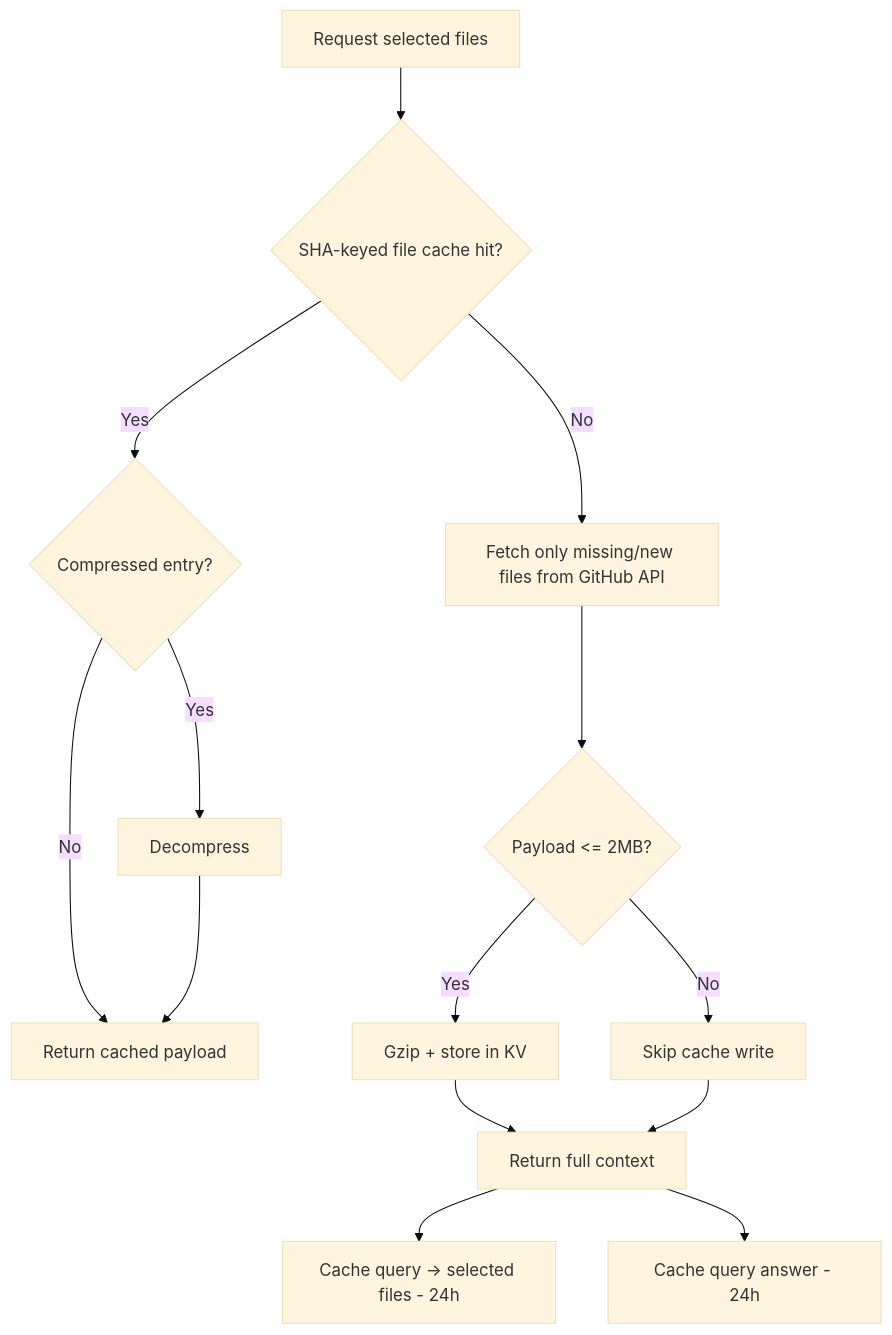
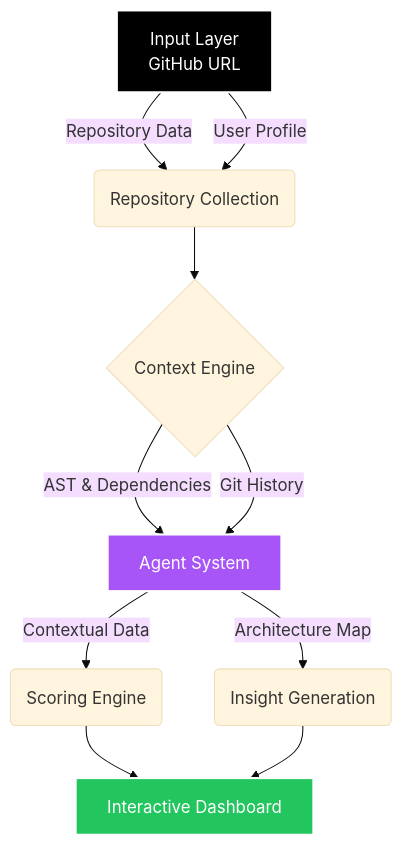
Before and after one commit to singhankit001/Novaris: the diagram in README.md, drawn with Mermaid (base theme). The commit also changed other lines of this file, not shown here.

````diff
--- a/README.md
+++ b/README.md
@@ -78,16 +93,16 @@
 ```mermaid
-flowchart TD
-    A[Request selected files] --> B{SHA-keyed file cache hit?}
-    B -->|Yes| C{Compressed entry?}
-    C -->|Yes| D[Decompress]
-    C -->|No| E[Return cached payload]
-    D --> E
-    B -->|No| F[Fetch only missing/new files from GitHub API]
-    F --> G{Payload <= 2MB?}
-    G -->|Yes| H[Gzip + store in KV]
-    G -->|No| I[Skip cache write]
-    H --> J[Return full context]
-    I --> J
-    J --> K[Cache query -> selected files - 24h]
-    J --> L[Cache query answer - 24h]
+graph TD
+    A[Input Layer<br/>GitHub URL] -->|Repository Data| B(Repository Collection)
+    A -->|User Profile| B
+    B --> C{Context Engine}
+    C -->|AST & Dependencies| D[Agent System]
+    C -->|Git History| D
+    D -->|Contextual Data| E(Scoring Engine)
+    D -->|Architecture Map| F(Insight Generation)
+    E --> G[Interactive Dashboard]
+    F --> G
+    
+    style A fill:#000,stroke:#fff,stroke-width:2px,color:#fff
+    style G fill:#22c55e,stroke:#fff,stroke-width:2px,color:#fff
+    style D fill:#a855f7,stroke:#fff,stroke-width:2px,color:#fff
 ```
````
